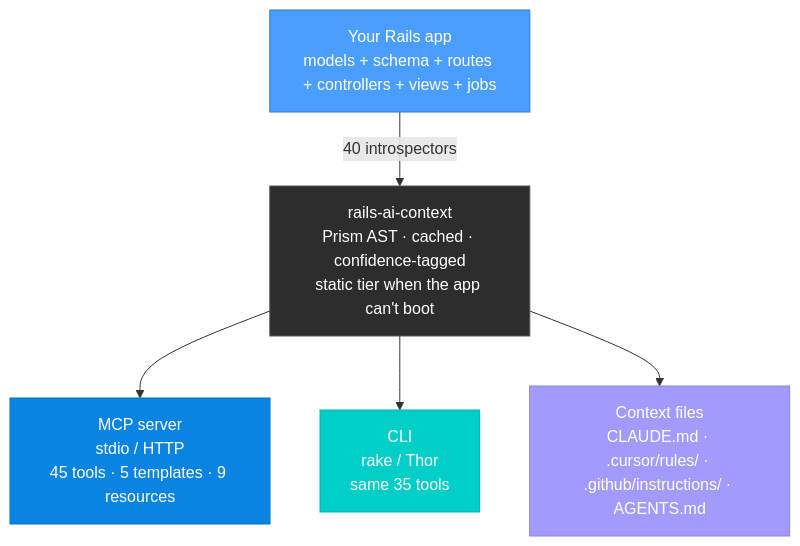
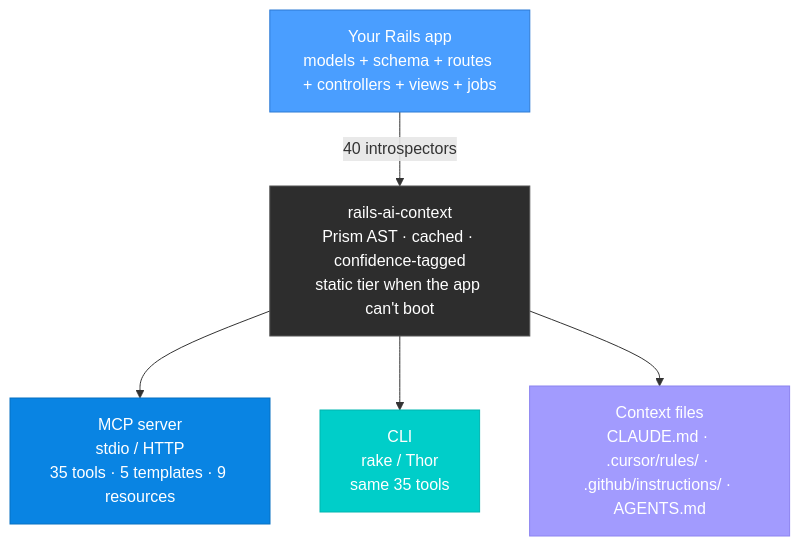
One commit to crisnahine/rails-ai-context changed the diagram in README.md. Above: the diagram before and after it, drawn with Mermaid. The commit also changed other lines of this file and 16 other files, not shown here.

````diff
--- a/README.md
+++ b/README.md
@@ -153,14 +153,14 @@
 ```mermaid
 graph TD
     A["Your Rails app\nmodels + schema + routes + controllers + views + jobs"] -->|"40 introspectors"| B
     B["rails-ai-context\nPrism AST · cached · confidence-tagged\nstatic tier when the app can't boot"]
-    B --> C["MCP server\nstdio / HTTP\n45 tools · 5 templates · 9 resources"]
+    B --> C["MCP server\nstdio / HTTP\n35 tools · 5 templates · 9 resources"]
     B --> D["CLI\nrake / Thor\nsame 35 tools"]
     B --> E["Context files\nCLAUDE.md · .cursor/rules/ · .github/instructions/ · AGENTS.md"]
 
     style A fill:#4a9eff,stroke:#2d7ad4,color:#fff
     style B fill:#2d2d2d,stroke:#555,color:#fff
     style C fill:#0984e3,stroke:#0770c2,color:#fff
     style D fill:#00cec9,stroke:#00b5b0,color:#fff
     style E fill:#a29bfe,stroke:#8c83f0,color:#fff
 ```
````
